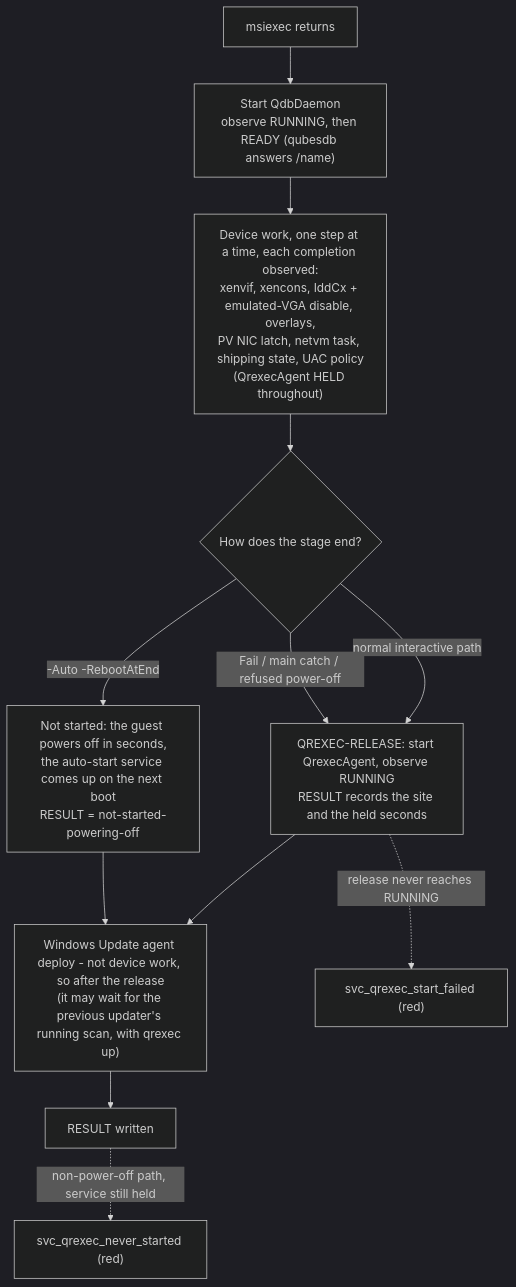
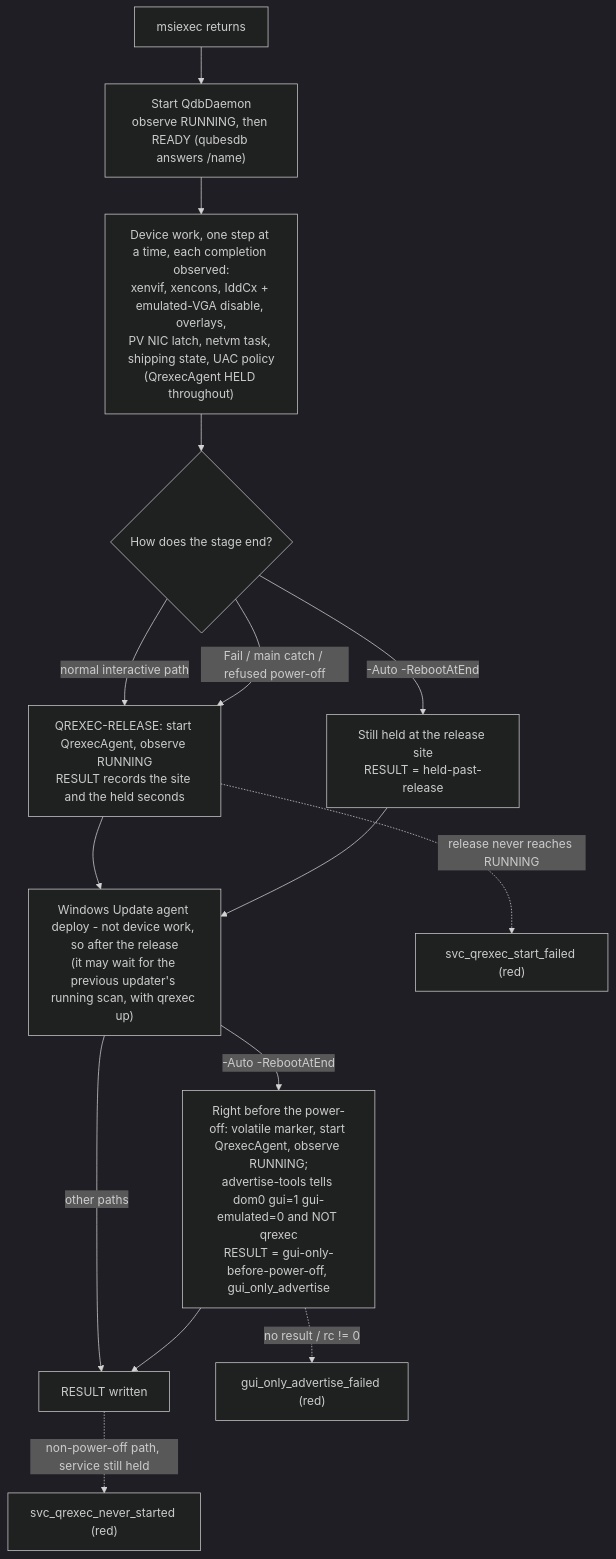
The diagram in docs/ADR-boot.md (arkenoi/qubes-win-idd-driver), drawn with Mermaid (dark theme) before and after one commit. The commit also changed other lines of this file and 7 other files, not shown here.

````diff
--- a/docs/ADR-boot.md
+++ b/docs/ADR-boot.md
@@ -28,14 +30,17 @@
 ```mermaid
 flowchart TD
     A["msiexec returns"] --> B["Start QdbDaemon<br/>observe RUNNING, then READY (qubesdb answers /name)"]
     B --> C["Device work, one step at a time, each completion observed:<br/>xenvif, xencons, IddCx + emulated-VGA disable, overlays,<br/>PV NIC latch, netvm task, shipping state, UAC policy<br/>(QrexecAgent HELD throughout)"]
     C --> D{"How does the stage end?"}
     D -->|"normal interactive path"| E["QREXEC-RELEASE: start QrexecAgent, observe RUNNING<br/>RESULT records the site and the held seconds"]
     D -->|"Fail / main catch / refused power-off"| E
-    D -->|"-Auto -RebootAtEnd"| F["Not started: the guest powers off in seconds,<br/>the auto-start service comes up on the next boot<br/>RESULT = not-started-powering-off"]
+    D -->|"-Auto -RebootAtEnd"| F["Still held at the release site<br/>RESULT = held-past-release"]
     E --> U["Windows Update agent deploy - not device work, so after the release<br/>(it may wait for the previous updater's running scan, with qrexec up)"]
     F --> U
-    U --> G["RESULT written"]
+    U -->|"other paths"| G["RESULT written"]
+    U -->|"-Auto -RebootAtEnd"| K["Right before the power-off: volatile marker, start QrexecAgent, observe RUNNING;<br/>advertise-tools tells dom0 gui=1 gui-emulated=0 and NOT qrexec<br/>RESULT = gui-only-before-power-off, gui_only_advertise"]
+    K --> G
+    K -. "no result / rc != 0" .-> J["gui_only_advertise_failed (red)"]
     E -. "release never reaches RUNNING" .-> H["svc_qrexec_start_failed (red)"]
     G -. "non-power-off path, service still held" .-> I["svc_qrexec_never_started (red)"]
 ```
````
